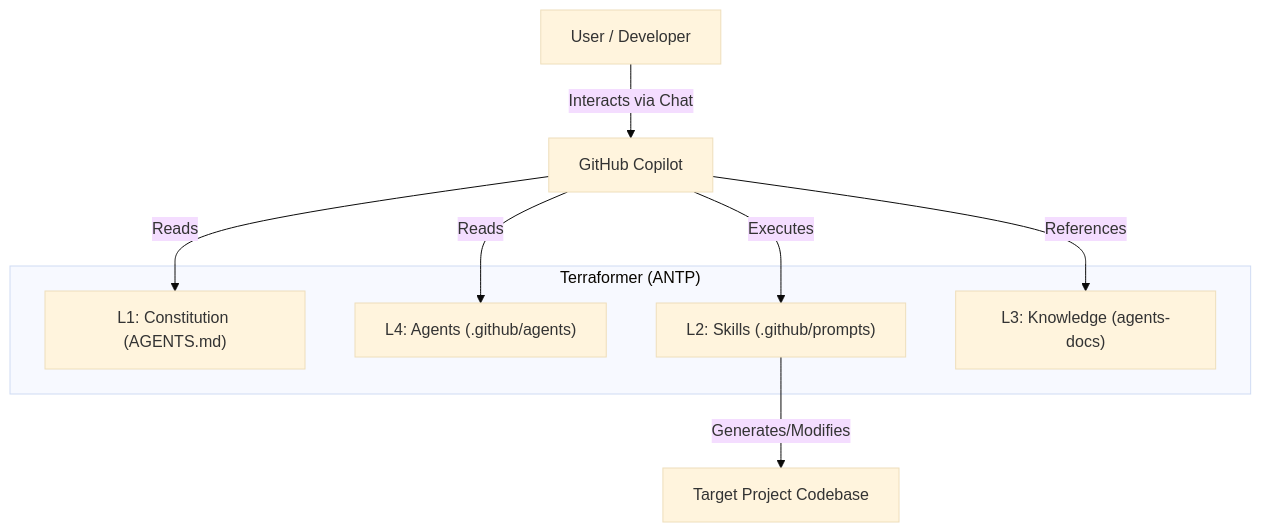
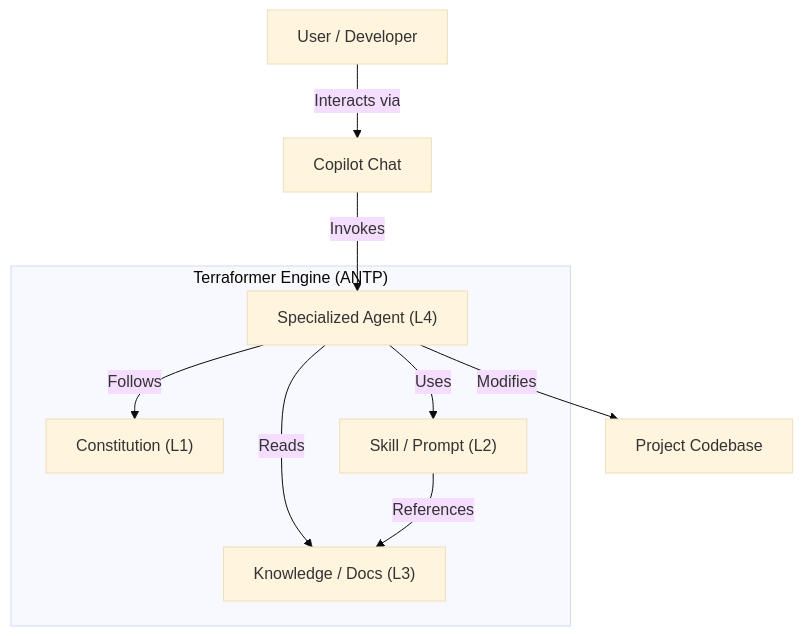
The diagram in agents-docs/architecture.md (LongbowXXX/terraformer), drawn with Mermaid (base theme) before and after one commit. The commit also changed other lines of this file and 7 other files, not shown here.

Commit message:
feat: add initial agent documentation covering architecture, conventions, and operational guidelines.

````diff
--- a/agents-docs/architecture.md
+++ b/agents-docs/architecture.md
@@ -34,17 +42,15 @@
 ```mermaid
 graph TD
-    User[User / Developer] -->|Interacts via Chat| Copilot[GitHub Copilot]
-    Copilot -->|Reads| L1["L1: Constitution (AGENTS.md)"]
-    Copilot -->|Reads| L4["L4: Agents (.github/agents)"]
-    Copilot -->|Executes| L2["L2: Skills (.github/prompts)"]
-    Copilot -->|References| L3["L3: Knowledge (agents-docs)"]
+    User[User / Developer] -->|Interacts via| Chat[Copilot Chat]
+    Chat -->|Invokes| Agent["Specialized Agent (L4)"]
 
-    subgraph "Terraformer (ANTP)"
-        L1
-        L4
-        L2
-        L3
+    subgraph "Terraformer Engine (ANTP)"
+        Agent -->|Follows| Const["Constitution (L1)"]
+        Agent -->|Uses| Skill["Skill / Prompt (L2)"]
+        Agent -->|Reads| Know["Knowledge / Docs (L3)"]
+
+        Skill -->|References| Know
     end
 
-    L2 -->|Generates/Modifies| Codebase[Target Project Codebase]
+    Agent -->|Modifies| Code[Project Codebase]
 ```
````
